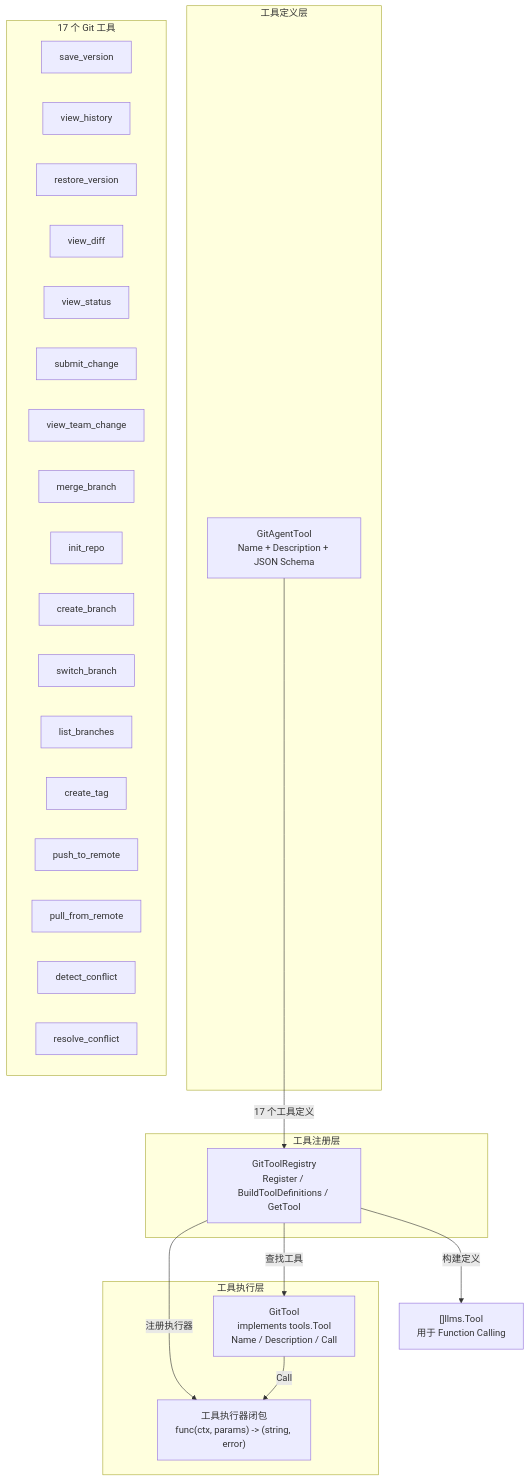
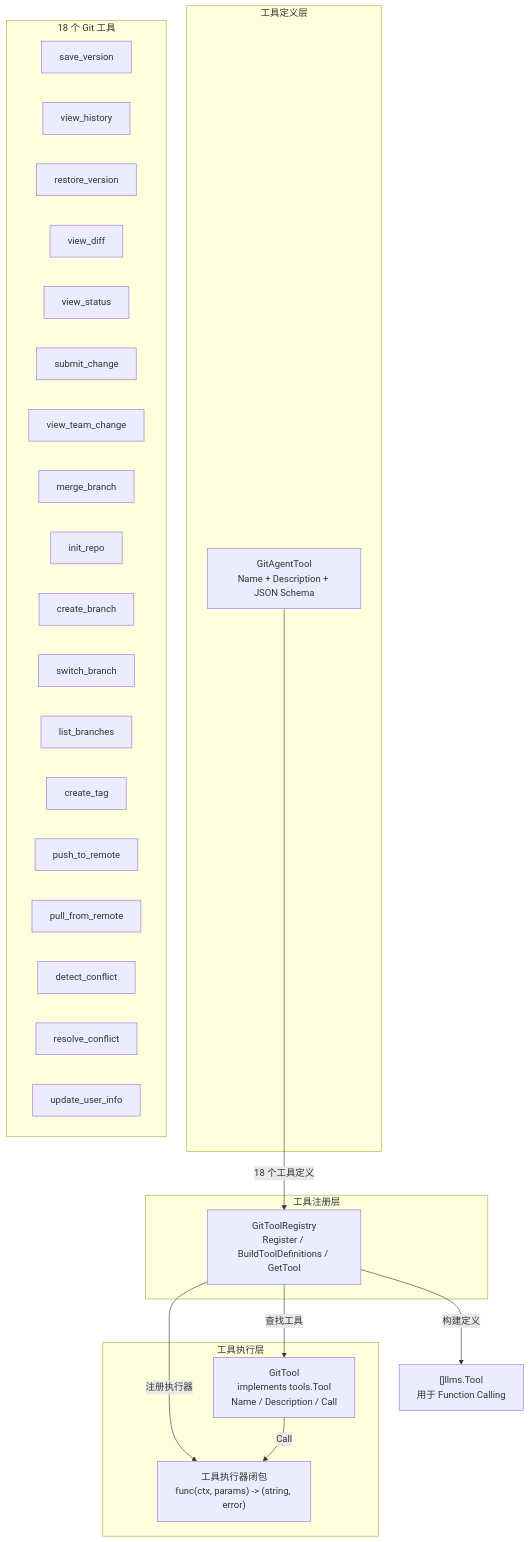
The sixth of 7 diagrams in README_zh.md (jackz-jones/git-agent), drawn with Mermaid before and after one commit. The commit also changed other lines of this file and 4 other files, not shown here.

````diff
--- a/README_zh.md
+++ b/README_zh.md
@@ -193,41 +194,42 @@
 ```mermaid
 graph TB
     subgraph def[工具定义层]
         GAT[GitAgentTool<br/>Name + Description + JSON Schema]
     end
 
     subgraph reg[工具注册层]
         GTR[GitToolRegistry<br/>Register / BuildToolDefinitions / GetTool]
     end
 
     subgraph exec[工具执行层]
         GT[GitTool<br/>implements tools.Tool<br/>Name / Description / Call]
         EXEC["工具执行器闭包<br/>func(ctx, params) -&gt; (string, error)"]
     end
 
-    GAT -->|17 个工具定义| GTR
+    GAT -->|18 个工具定义| GTR
     GTR -->|注册执行器| EXEC
     GTR -->|构建定义| TD["[]llms.Tool<br/>用于 Function Calling"]
     GTR -->|查找工具| GT
     GT -->|Call| EXEC
 
-    subgraph tools[17 个 Git 工具]
+    subgraph tools[18 个 Git 工具]
         T1[save_version]
         T2[view_history]
         T3[restore_version]
         T4[view_diff]
         T5[view_status]
         T6[submit_change]
         T7[view_team_change]
         T8[merge_branch]
         T9[init_repo]
         T10[create_branch]
         T11[switch_branch]
         T12[list_branches]
         T13[create_tag]
         T14[push_to_remote]
         T15[pull_from_remote]
         T16[detect_conflict]
         T17[resolve_conflict]
+        T18[update_user_info]
     end
 ```
````
